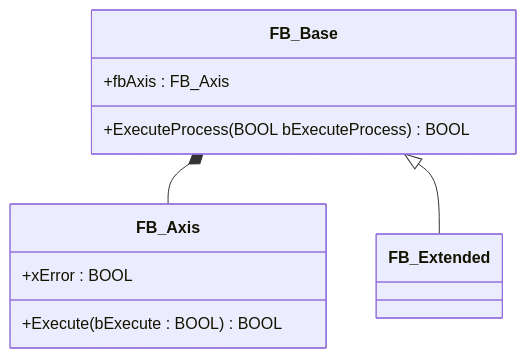
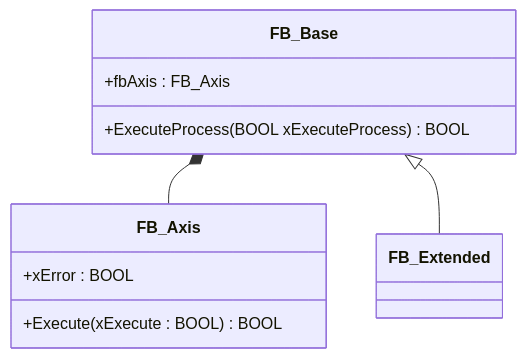
Before and after one commit to hei-synd-aaut/aaut-docs: the fourth of 8 diagrams in AAut_MOD_01_IEC_61131_OOP_Introduction/README Reference.md, drawn with Mermaid. The commit also changed other lines of this file and 1 other file, not shown here.

````diff
--- a/AAut_MOD_01_IEC_61131_OOP_Introduction/README Reference.md
+++ b/AAut_MOD_01_IEC_61131_OOP_Introduction/README Reference.md
@@ -744,19 +744,19 @@
 ```mermaid
 classDiagram
     class FB_Base {
         +fbAxis : FB_Axis 
-        +ExecuteProcess(BOOL bExecuteProcess) BOOL
+        +ExecuteProcess(BOOL xExecuteProcess) BOOL
     }
 
     class FB_Axis {
-        +Execute(bExecute : BOOL) BOOL
+        +Execute(xExecute : BOOL) BOOL
         +xError : BOOL
     }
 
     class FB_Extended {
     }
 
 FB_Base *-- FB_Axis
 FB_Base <|-- FB_Extended
 
 ```
````
